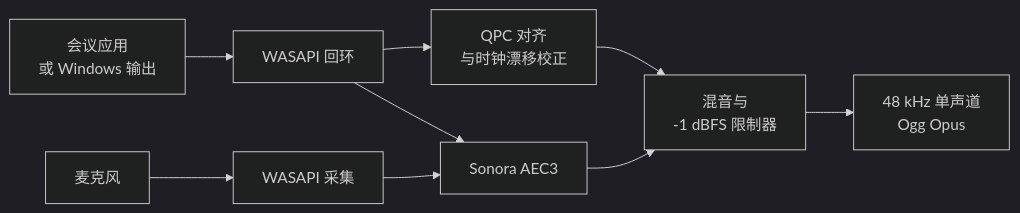
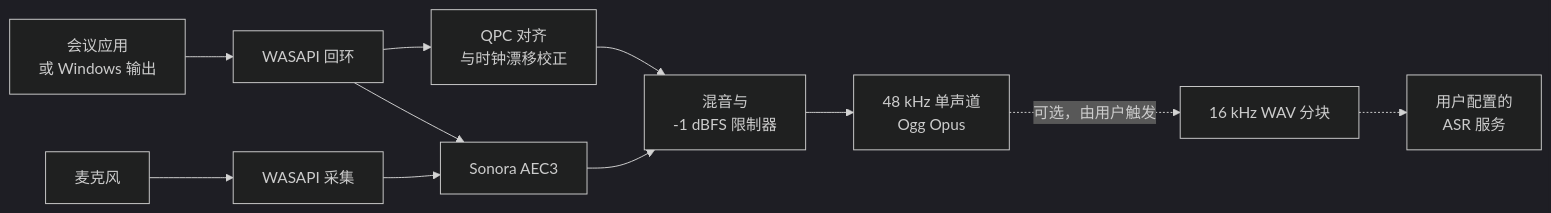
Before and after one commit to kwp-lab/nota: the diagram in README.zh-CN.md, drawn with Mermaid (dark theme). The commit also changed other lines of this file and 33 other files, not shown here.

````diff
--- a/README.zh-CN.md
+++ b/README.zh-CN.md
@@ -79,11 +80,13 @@
 ```mermaid
 flowchart LR
     A["会议应用<br>或 Windows 输出"] --> B["WASAPI 回环"]
     C["麦克风"] --> D["WASAPI 采集"]
     B --> E["QPC 对齐<br>与时钟漂移校正"]
     D --> F["Sonora AEC3"]
     B --> F
     E --> G["混音与<br>-1 dBFS 限制器"]
     F --> G
     G --> H["48 kHz 单声道<br>Ogg Opus"]
+    H -. "可选，由用户触发" .-> I["16 kHz WAV 分块"]
+    I -.-> J["用户配置的<br>ASR 服务"]
 ```
````
